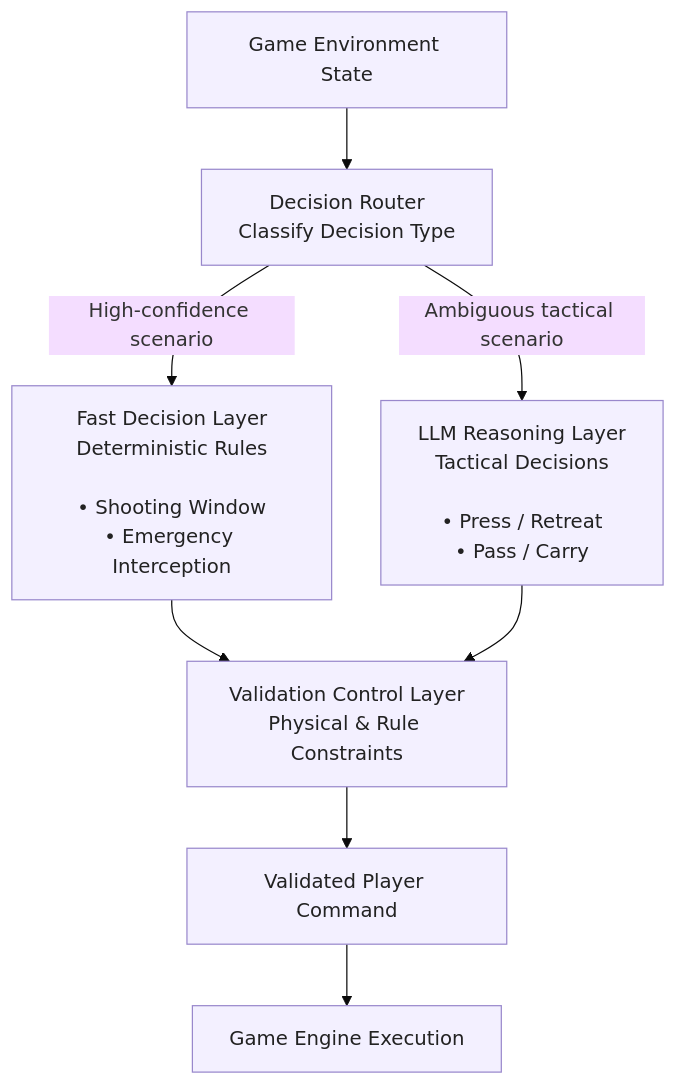
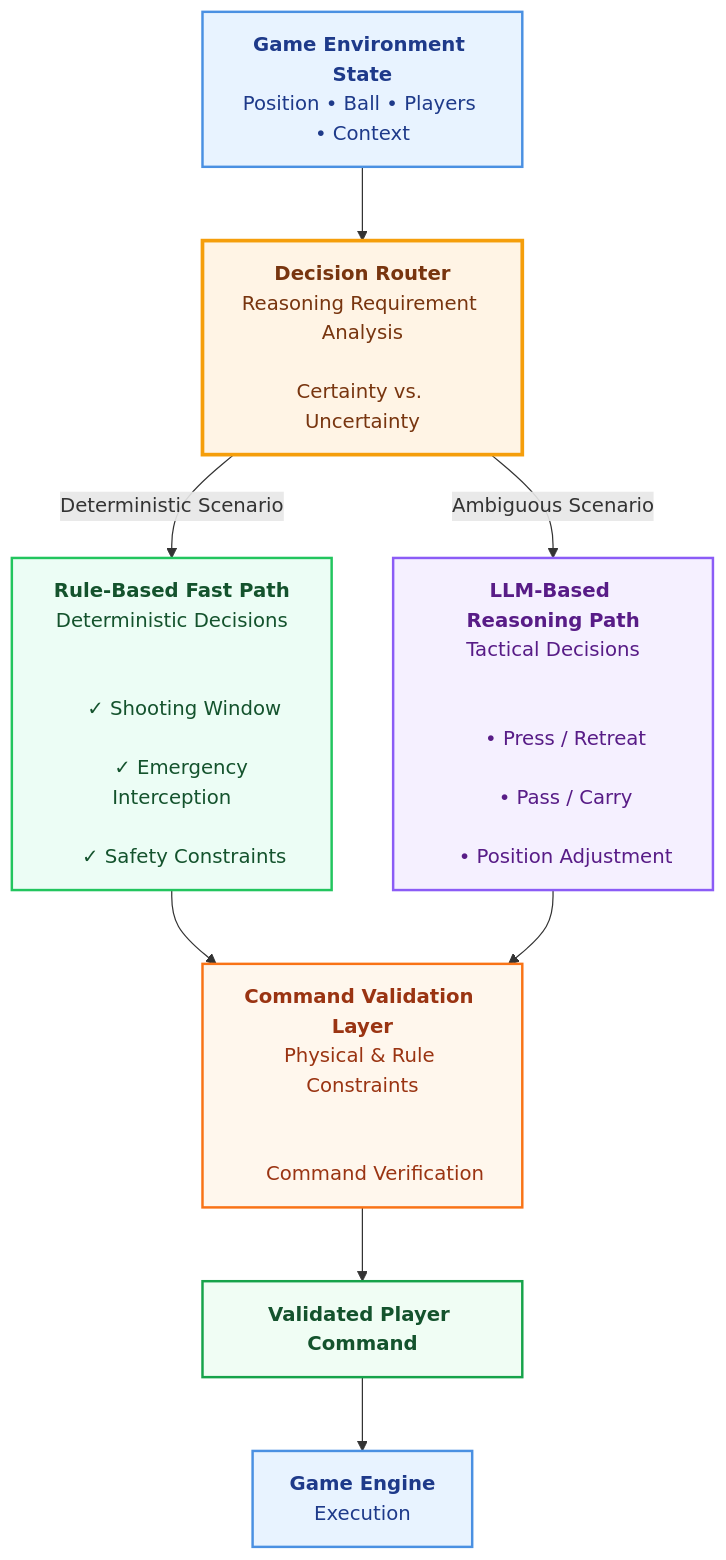
Before and after one commit to Echolyy-dreamer/BedrockAgentCore: the second of 3 diagrams in Hybrid Rule-LLM Architecture for Real-Time Multi-Agent Football Agents.md, drawn with Mermaid. The commit also changed other lines of this file, not shown here.

First line of the commit message:
Update Hybrid Rule-LLM Architecture for Real-Time Multi-Agent Football Agents.md

````diff
--- a/Hybrid Rule-LLM Architecture for Real-Time Multi-Agent Football Agents.md
+++ b/Hybrid Rule-LLM Architecture for Real-Time Multi-Agent Football Agents.md
@@ -53,13 +109,57 @@
 ```mermaid
-%%{init: { 'flowchart': { 'nodeSpacing': 40, 'rankSpacing': 50 }, 'theme':'base' }}%%
+%%{init: { 
+    "flowchart": {
+        "nodeSpacing": 50,
+        "rankSpacing": 60
+    }
+}}%%
+
 flowchart TB
-    classDef box fill:#f3f0ff,stroke:#9988cc,color:#222,stroke-width:1px
-    STATE["Game Environment State"]:::box --> ROUTER["Decision Router<br/>Classify Decision Type"]:::box
-    
-    ROUTER -->|High-confidence scenario| FAST["Fast Decision Layer<br/>Deterministic Rules<br/><br/>• Shooting Window<br/>• Emergency Interception"]:::box
-    ROUTER -->|Ambiguous tactical scenario| LLM["LLM Reasoning Layer<br/>Tactical Decisions<br/><br/>• Press / Retreat<br/>• Pass / Carry"]:::box
 
-    FAST & LLM --> VALIDATION["Validation Control Layer<br/>Physical & Rule Constraints"]:::box
-    VALIDATION --> CMD["Validated Player Command"]:::box
-    CMD --> ENGINE["Game Engine Execution"]:::box
+    classDef env fill:#e8f3ff,stroke:#4a90e2,stroke-width:2px,color:#1e3a8a
+    classDef router fill:#fff4e5,stroke:#f59e0b,stroke-width:3px,color:#78350f
+    classDef rule fill:#ecfdf5,stroke:#22c55e,stroke-width:2px,color:#14532d
+    classDef llm fill:#f5f0ff,stroke:#8b5cf6,stroke-width:2px,color:#581c87
+    classDef validation fill:#fff7ed,stroke:#f97316,stroke-width:2px,color:#9a3412
+    classDef command fill:#f0fdf4,stroke:#16a34a,stroke-width:2px,color:#14532d
+
+
+    STATE["<b>Game Environment State</b><br/>Position • Ball • Players • Context"]:::env
+
+
+    ROUTER["<b>Decision Router</b><br/>Reasoning Requirement Analysis<br/><br/>Certainty vs. Uncertainty"]:::router
+
+
+    RULES["<b>Rule-Based Fast Path</b><br/>Deterministic Decisions<br/><br/>
+    ✓ Shooting Window<br/>
+    ✓ Emergency Interception<br/>
+    ✓ Safety Constraints"]:::rule
+
+
+    LLM["<b>LLM-Based Reasoning Path</b><br/>Tactical Decisions<br/><br/>
+    • Press / Retreat<br/>
+    • Pass / Carry<br/>
+    • Position Adjustment"]:::llm
+
+
+    VALIDATION["<b>Command Validation Layer</b><br/>Physical & Rule Constraints<br/><br/>
+    Command Verification"]:::validation
+
+
+    CMD["<b>Validated Player Command</b>"]:::command
+
+
+    ENGINE["<b>Game Engine</b><br/>Execution"]:::env
+
+
+    STATE --> ROUTER
+
+    ROUTER -->|Deterministic Scenario| RULES
+    ROUTER -->|Ambiguous Scenario| LLM
+
+    RULES --> VALIDATION
+    LLM --> VALIDATION
+
+    VALIDATION --> CMD
+    CMD --> ENGINE
 ```
````
